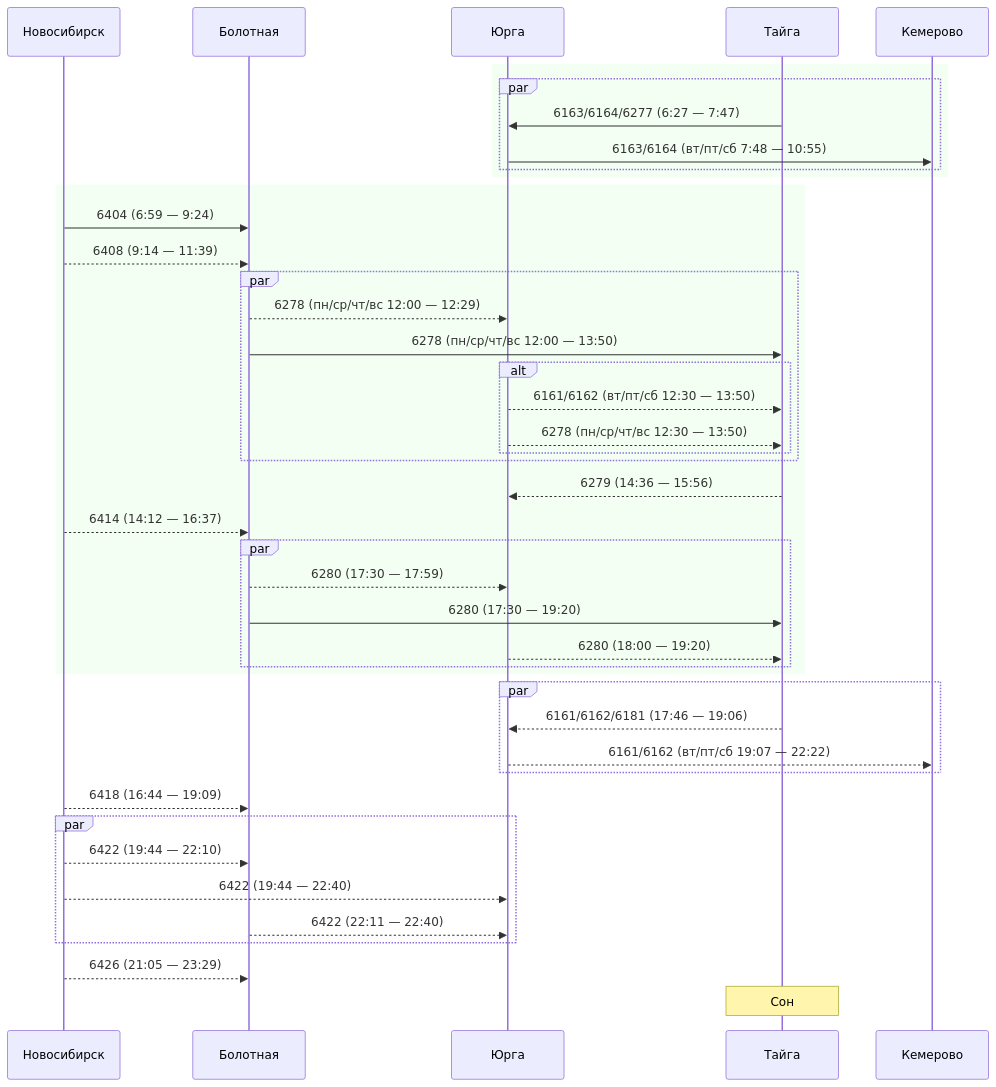
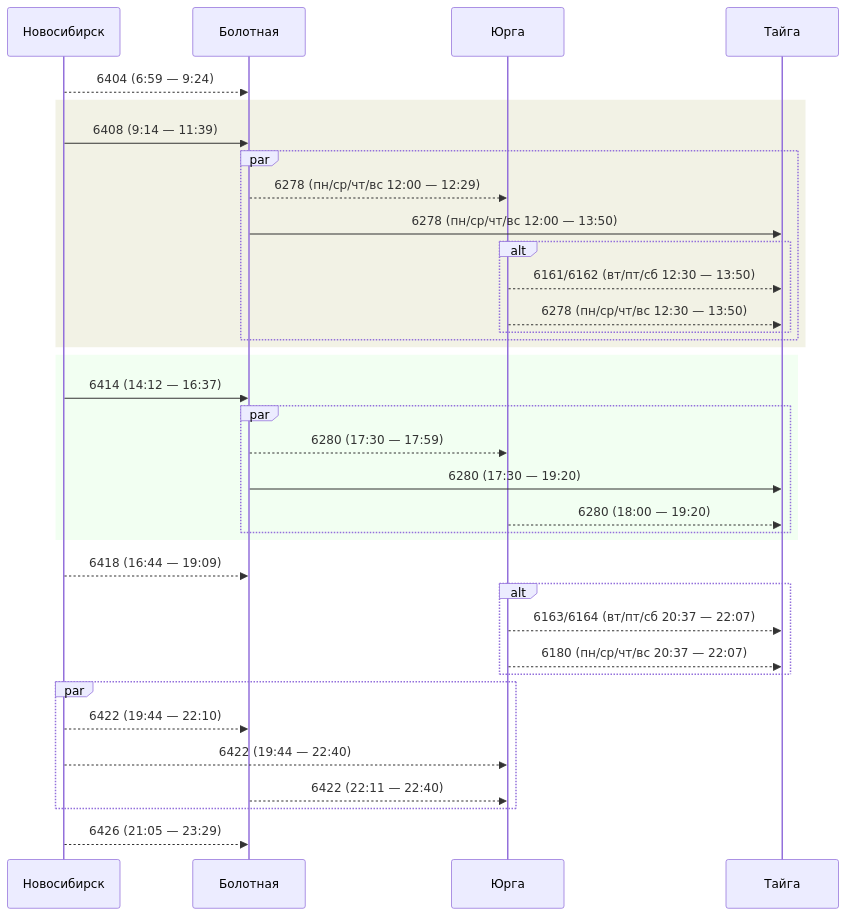
One commit to u0feff/Pezda changed the third of 18 diagrams in Schedule/Eastbound.md. Above: the diagram before and after it, drawn with Mermaid. The commit also changed other lines of this file and 7 other files, not shown here.

````diff
--- a/Schedule/Eastbound.md
+++ b/Schedule/Eastbound.md
@@ -132,53 +124,44 @@
 ```mermaid
 sequenceDiagram
     participant Новосибирск
     participant Болотная
     participant Юрга
     participant Тайга
-    participant Кемерово
 
-    rect rgba(0, 255, 0, 0.05)
-    par
-    Тайга->>Юрга: 6163/6164/6277 (6:27 — 7:47)
-    Юрга->>Кемерово: 6163/6164 (вт/пт/сб 7:48 — 10:55)
-    end
-    end
-
-    rect rgba(0, 255, 0, 0.05)
-    Новосибирск->>Болотная: 6404 (6:59 — 9:24)
-    Новосибирск-->>Болотная: 6408 (9:14 — 11:39)
+    Новосибирск-->>Болотная: 6404 (6:59 — 9:24)
+    rect rgba(127, 127, 0, 0.1)
+    Новосибирск->>Болотная: 6408 (9:14 — 11:39)
     par
     Болотная-->>Юрга: 6278 (пн/ср/чт/вс 12:00 — 12:29)
     Болотная->>Тайга: 6278 (пн/ср/чт/вс 12:00 — 13:50)
     alt
     Юрга-->>Тайга: 6161/6162 (вт/пт/сб 12:30 — 13:50)
     Юрга-->>Тайга: 6278 (пн/ср/чт/вс 12:30 — 13:50)
     end
     end
+    end
 
-    Тайга-->>Юрга: 6279 (14:36 — 15:56)
-
-    Новосибирск-->>Болотная: 6414 (14:12 — 16:37)
+    rect rgba(0, 255, 0, 0.05)
+    Новосибирск->>Болотная: 6414 (14:12 — 16:37)
     par
     Болотная-->>Юрга: 6280 (17:30 — 17:59)
     Болотная->>Тайга: 6280 (17:30 — 19:20)
     Юрга-->>Тайга: 6280 (18:00 — 19:20)
     end
     end
-    par
-    Тайга-->>Юрга: 6161/6162/6181 (17:46 — 19:06)
-    Юрга-->>Кемерово: 6161/6162 (вт/пт/сб 19:07 — 22:22)
-    end
 
     Новосибирск-->>Болотная: 6418 (16:44 — 19:09)
+
+    alt
+    Юрга-->>Тайга: 6163/6164 (вт/пт/сб 20:37 — 22:07)
+    Юрга-->>Тайга: 6180 (пн/ср/чт/вс 20:37 — 22:07)
+    end
 
     par
     Новосибирск-->>Болотная: 6422 (19:44 — 22:10)
     Новосибирск-->>Юрга: 6422 (19:44 — 22:40)
     Болотная-->>Юрга: 6422 (22:11 — 22:40)
     end
 
     Новосибирск-->>Болотная: 6426 (21:05 — 23:29)
-
-    Note over Тайга: Сон
 ```
````
